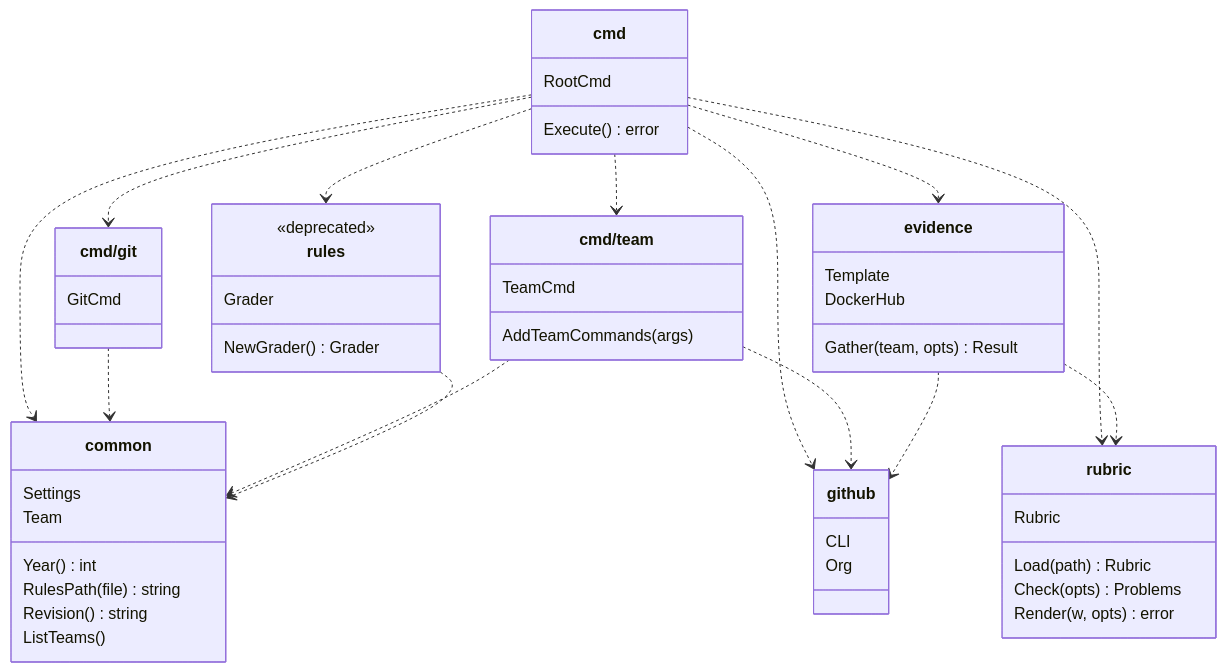
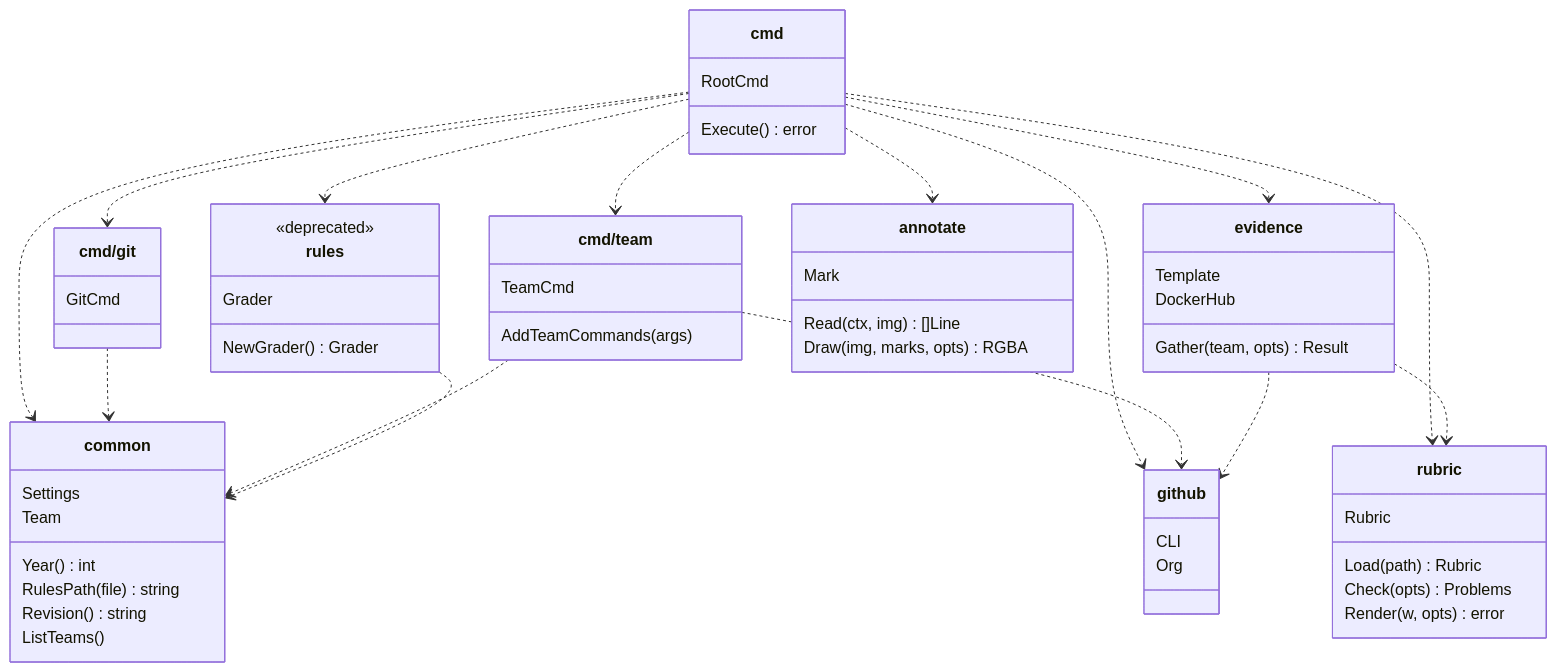
The diagram in CONTRIBUTING.md (mincong-classroom/mc), drawn with Mermaid before and after one commit. The commit also changed other lines of this file and 9 other files, not shown here.

Commit message:
Find a text in a screenshot, and draw numbered boxes on it, with mc annotate (#32)

````diff
--- a/CONTRIBUTING.md
+++ b/CONTRIBUTING.md
@@ -9,56 +9,62 @@
 ```mermaid
 classDiagram
     direction TB
     class cmd {
         RootCmd
         Execute() error
     }
     class cmd_git["cmd/git"] {
         GitCmd
     }
     class cmd_team["cmd/team"] {
         TeamCmd
         AddTeamCommands(args)
     }
     class rules {
         <<deprecated>>
         Grader
         NewGrader() Grader
     }
     class common {
         Settings
         Team
         Year() int
         RulesPath(file) string
         Revision() string
         ListTeams()
     }
     class github {
         CLI
         Org
     }
     class rubric {
         Rubric
         Load(path) Rubric
         Check(opts) Problems
         Render(w, opts) error
     }
     class evidence {
         Gather(team, opts) Result
         Template
         DockerHub
     }
+    class annotate {
+        Mark
+        Read(ctx, img) []Line
+        Draw(img, marks, opts) RGBA
+    }
     cmd ..> cmd_git
     cmd ..> cmd_team
     cmd ..> rules
     cmd ..> common
     cmd ..> evidence
+    cmd ..> annotate
     cmd ..> github
     cmd ..> rubric
     cmd_git ..> common
     cmd_team ..> common
     cmd_team ..> github
     rules ..> common
     evidence ..> github
     evidence ..> rubric
 ```
````
